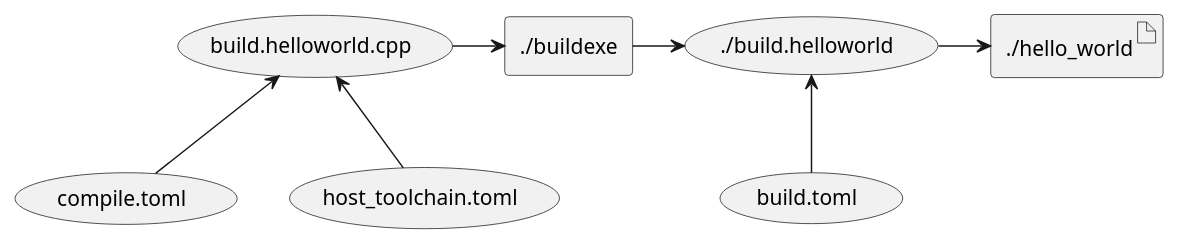
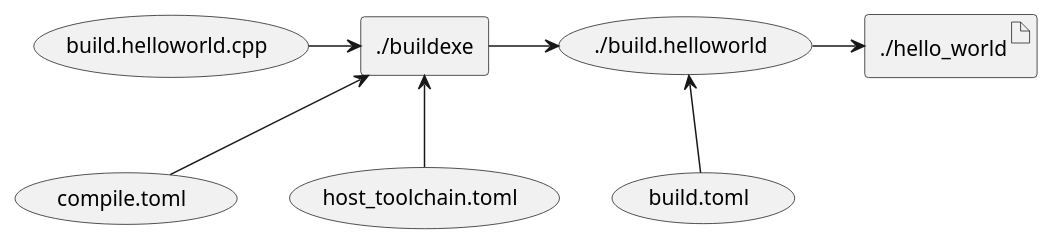
One commit to coder137/build_in_cpp changed the first of 2 diagrams in docs/source/getting_started/buildexe_getting_started.rst. Above: the diagram before and after it, drawn with PlantUML.

```diff
--- a/docs/source/getting_started/buildexe_getting_started.rst
+++ b/docs/source/getting_started/buildexe_getting_started.rst
@@ -9,18 +9,17 @@
 .. uml::
 
     usecase "build.helloworld.cpp" as build_cpp
     usecase "compile.toml" as compile_toml
     usecase "host_toolchain.toml" as host_toolchain_toml
     usecase "./build.helloworld" as build_project_exe
     usecase "build.toml" as build_toml
 
     rectangle "./buildexe" as buildexe_exe
-
     artifact "./hello_world" as hello_world_exe
 
-    compile_toml -up-> build_cpp
-    host_toolchain_toml -up-> build_cpp
     build_cpp -right-> buildexe_exe
+    compile_toml -up-> buildexe_exe
+    host_toolchain_toml -up-> buildexe_exe
     buildexe_exe -right-> build_project_exe
     build_toml -up-> build_project_exe
     build_project_exe -right-> hello_world_exe
```
